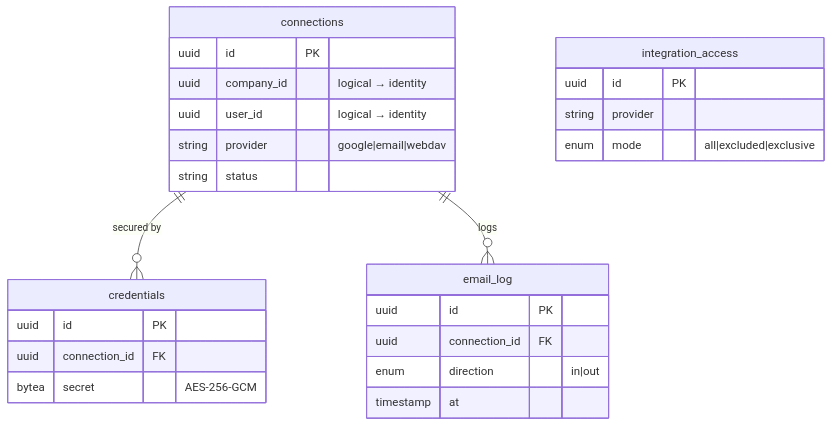
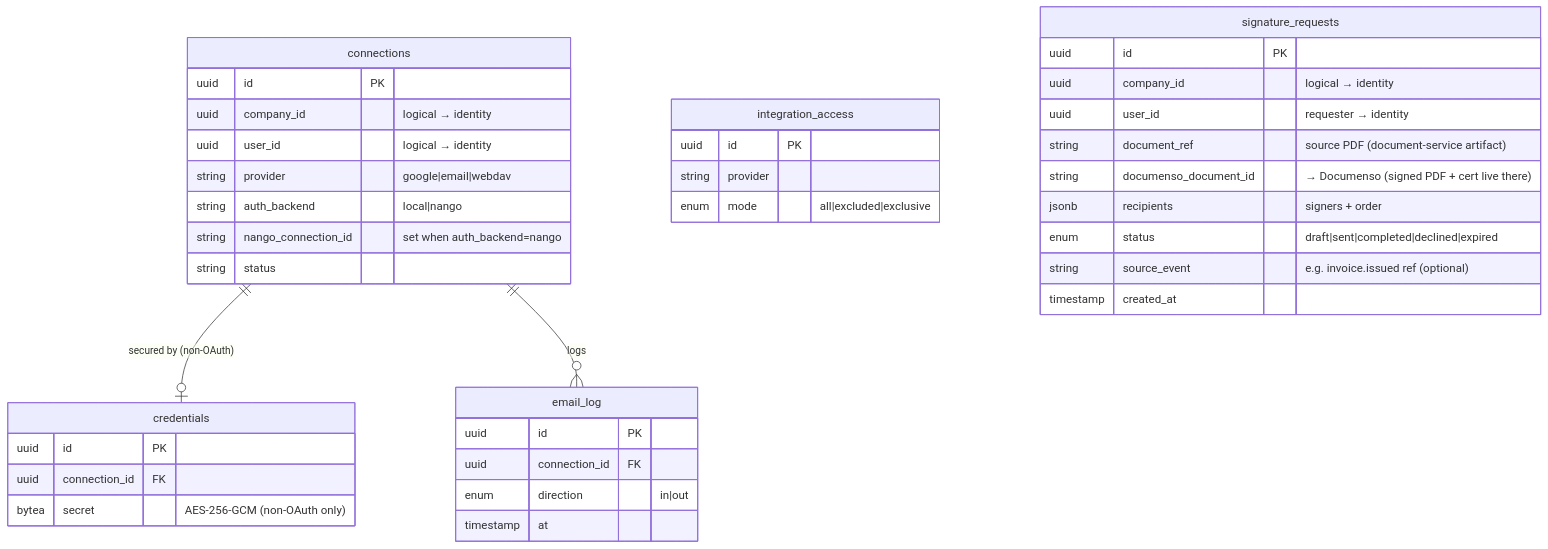
The ninth of 14 diagrams in docs/08-database-architecture.md (stoychev07-art/7X7-microservice), drawn with Mermaid before and after one commit. The commit also changed other lines of this file and 65 other files, not shown here.

First line of the commit message:
Enhance architecture and service documentation

````diff
--- a/docs/08-database-architecture.md
+++ b/docs/08-database-architecture.md
@@ -500,29 +555,42 @@
 ```mermaid
 erDiagram
-    connections ||--o{ credentials : "secured by"
+    connections ||--o| credentials : "secured by (non-OAuth)"
     connections ||--o{ email_log : "logs"
 
     connections {
         uuid id PK
         uuid company_id "logical → identity"
         uuid user_id "logical → identity"
         string provider "google|email|webdav"
+        string auth_backend "local|nango"
+        string nango_connection_id "set when auth_backend=nango"
         string status
     }
     credentials {
         uuid id PK
         uuid connection_id FK
-        bytea secret "AES-256-GCM"
+        bytea secret "AES-256-GCM (non-OAuth only)"
     }
     email_log {
         uuid id PK
         uuid connection_id FK
         enum direction "in|out"
         timestamp at
     }
     integration_access {
         uuid id PK
         string provider
         enum mode "all|excluded|exclusive"
     }
+    signature_requests {
+        uuid id PK
+        uuid company_id "logical → identity"
+        uuid user_id "requester → identity"
+        string document_ref "source PDF (document-service artifact)"
+        string documenso_document_id "→ Documenso (signed PDF + cert live there)"
+        jsonb recipients "signers + order"
+        enum status "draft|sent|completed|declined|expired"
+        string source_event "e.g. invoice.issued ref (optional)"
+        timestamp created_at
+    }
 ```
````
